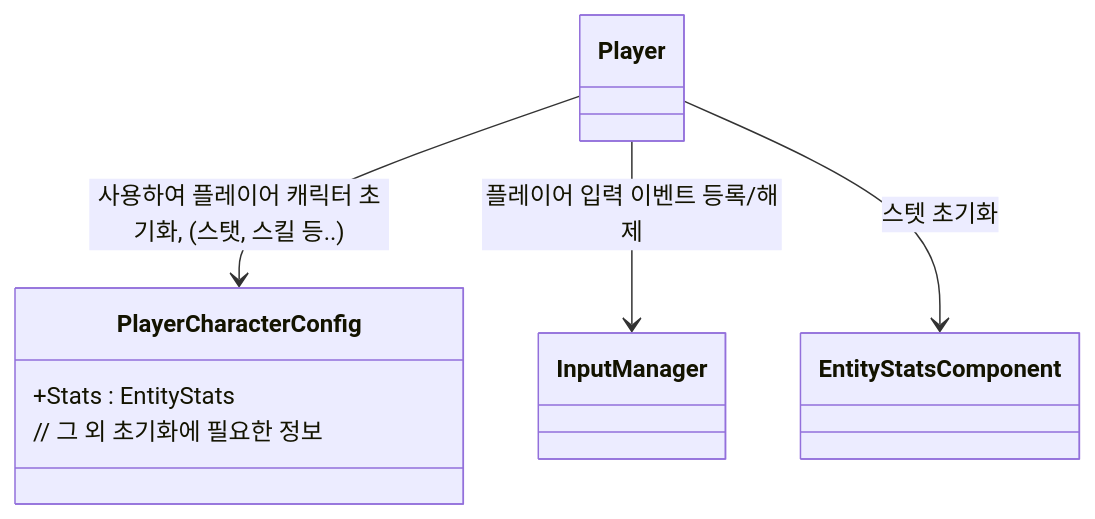
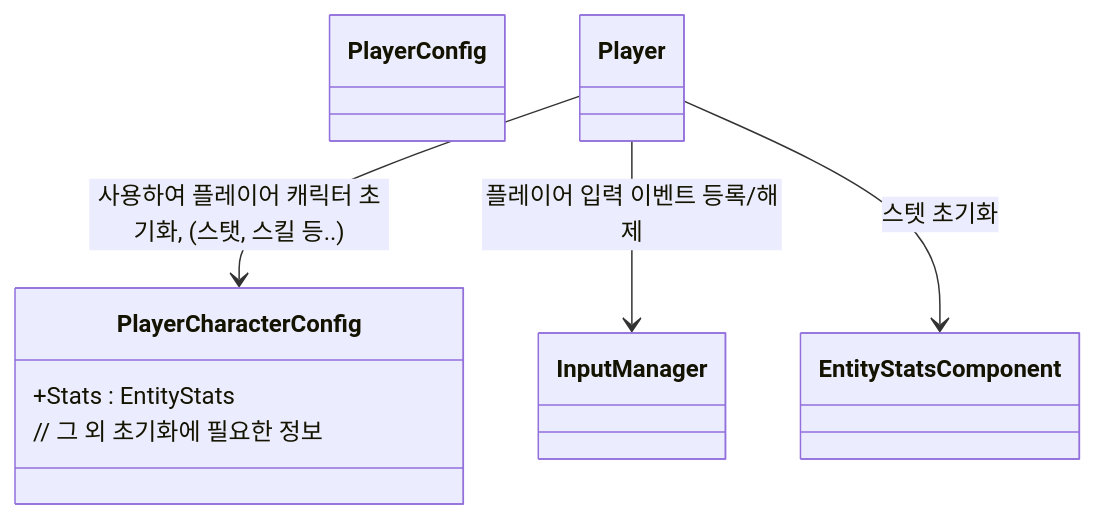
The sixth of 6 diagrams in Assets/_README/Entity_설계.md (JIN5EOK/DungeonShooter), drawn with Mermaid before and after one commit. The commit also changed other lines of this file, not shown here.

````diff
--- a/Assets/_README/Entity_설계.md
+++ b/Assets/_README/Entity_설계.md
@@ -101,11 +70,13 @@
 ```mermaid
 classDiagram
     class PlayerCharacterConfig{
         +Stats : EntityStats
         // 그 외 초기화에 필요한 정보
     }
-    
+    class PlayerConfig{
+
+    }
     Player --> PlayerCharacterConfig : 사용하여 플레이어 캐릭터 초기화, (스탯, 스킬 등..)
     Player --> InputManager : 플레이어 입력 이벤트 등록/해제
     Player --> EntityStatsComponent : 스텟 초기화
 ```
````
